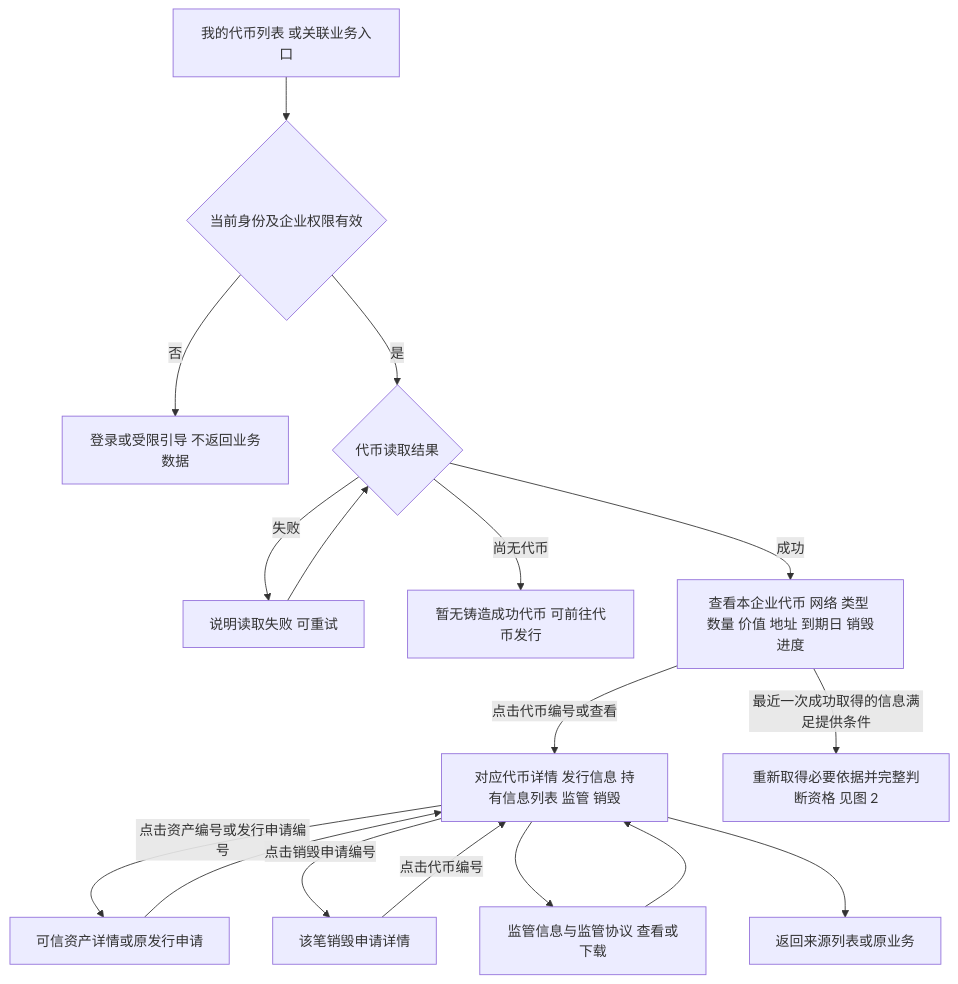
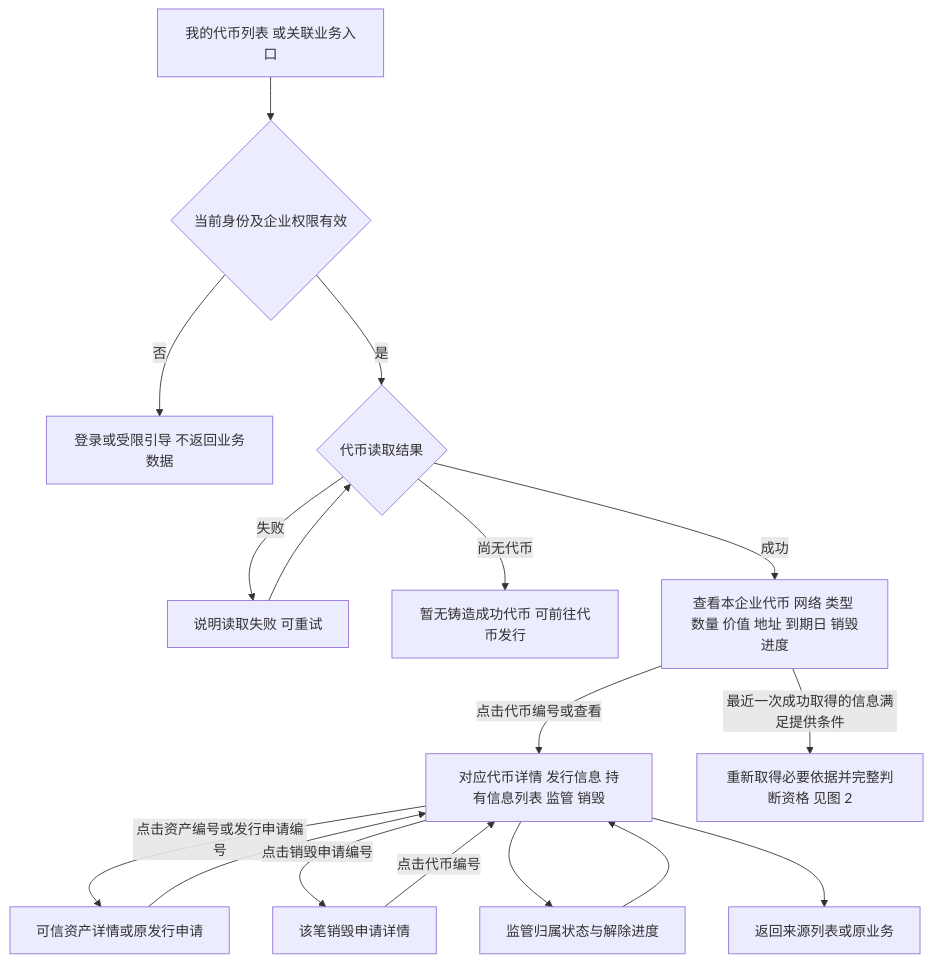
The first of 4 diagrams in token-issuance-platform/PRD/面客端/M4a-我的代币与销毁申请/02-我的代币与销毁申请-流程图与状态机.md (wxblockchain/Chain-Financing), drawn with Mermaid before and after one commit. The commit also changed other lines of this file and 2 other files, not shown here.

````diff
--- a/token-issuance-platform/PRD/面客端/M4a-我的代币与销毁申请/02-我的代币与销毁申请-流程图与状态机.md
+++ b/token-issuance-platform/PRD/面客端/M4a-我的代币与销毁申请/02-我的代币与销毁申请-流程图与状态机.md
@@ -17,19 +17,19 @@
 ```mermaid
 flowchart TD
     A[我的代币列表 或关联业务入口] --> B{当前身份及企业权限有效}
     B -->|否| C[登录或受限引导 不返回业务数据]
     B -->|是| D{代币读取结果}
     D -->|失败| E[说明读取失败 可重试]
     E --> D
     D -->|尚无代币| F[暂无铸造成功代币 可前往代币发行]
     D -->|成功| G[查看本企业代币 网络 类型 数量 价值 地址 到期日 销毁进度]
     G -->|点击代币编号或查看| H[对应代币详情 发行信息 持有信息列表 监管 销毁]
     G -->|最近一次成功取得的信息满足提供条件| X[重新取得必要依据并完整判断资格 见图 2]
     H -->|点击资产编号或发行申请编号| I[可信资产详情或原发行申请]
     I --> H
     H -->|点击销毁申请编号| J[该笔销毁申请详情]
     J -->|点击代币编号| H
-    H --> P[监管信息与监管协议 查看或下载]
+    H --> P[监管归属状态与解除进度]
     P --> H
     H --> K[返回来源列表或原业务]
 ```
````
